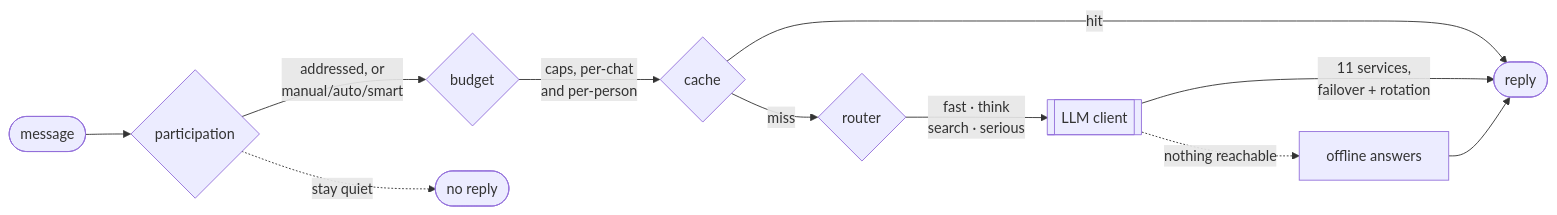
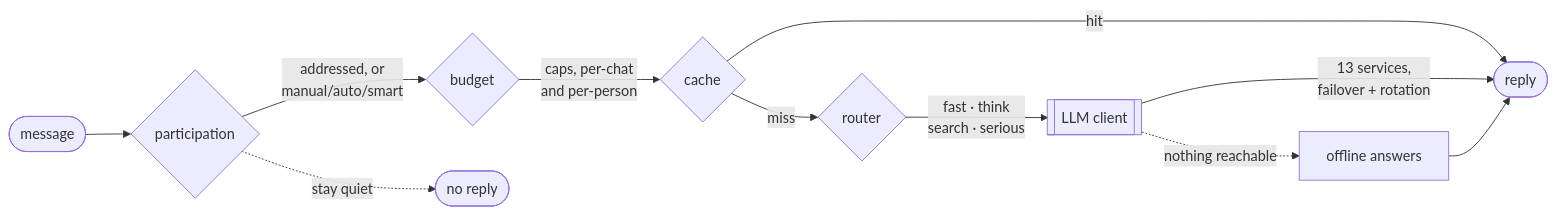
Before and after one commit to hami9/Astolfo: the diagram in README.md, drawn with Mermaid. The commit also changed other lines of this file and 7 other files, not shown here.

````diff
--- a/README.md
+++ b/README.md
@@ -28,13 +28,13 @@
 ```mermaid
 flowchart LR
     M([message]) --> P{participation}
     P -->|addressed, or<br/>manual/auto/smart| B{budget}
     P -.->|stay quiet| X([no reply])
     B -->|caps, per-chat<br/>and per-person| C{cache}
     C -->|hit| R([reply])
     C -->|miss| RT{router}
     RT -->|fast · think<br/>search · serious| L[[LLM client]]
-    L -->|11 services,<br/>failover + rotation| R
+    L -->|13 services,<br/>failover + rotation| R
     L -.->|nothing reachable| O[offline answers]
     O --> R
 ```
````
